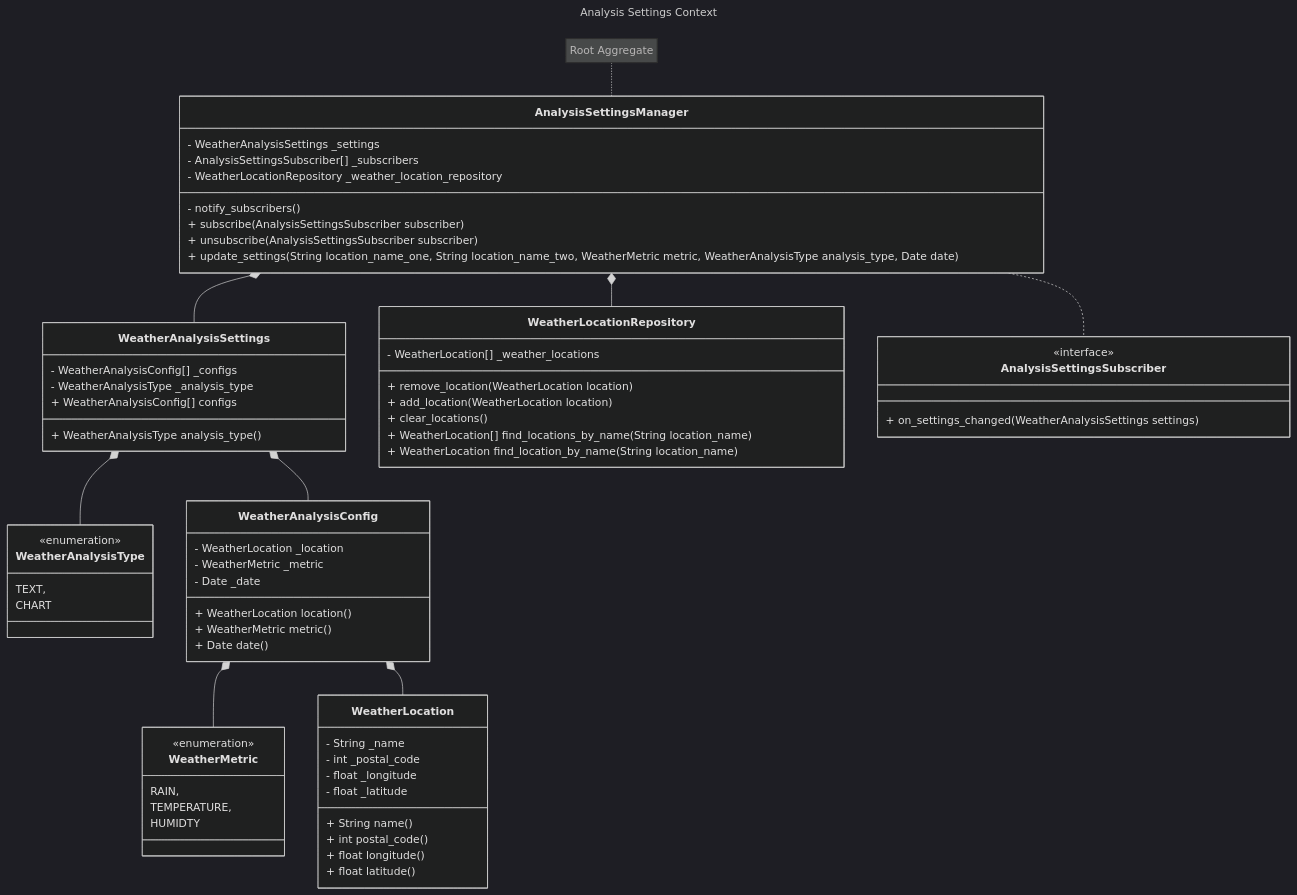
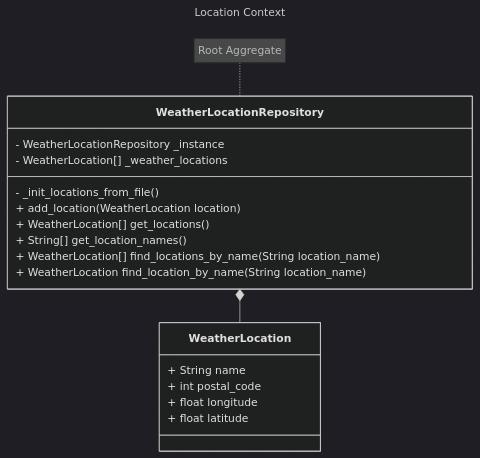
One commit to yhutter-dv/fhgr-tweather changed the second of 5 diagrams in doc/architecture.md. Above: the diagram before and after it, drawn with Mermaid (dark theme). The commit also changed other lines of this file, not shown here.

Commit message:
Update Architecture.

````diff
--- a/doc/architecture.md
+++ b/doc/architecture.md
@@ -14,79 +35,28 @@
 ```mermaid
 ---
-title: Analysis Settings Context
+title: Location Context
 ---
 classDiagram
 
-    AnalysisSettingsManager *-- WeatherAnalysisSettings
-    AnalysisSettingsManager *-- WeatherLocationRepository
-    AnalysisSettingsManager .. AnalysisSettingsSubscriber
-    WeatherAnalysisSettings *-- WeatherAnalysisType
-    WeatherAnalysisSettings *-- WeatherAnalysisConfig
-    WeatherAnalysisConfig *-- WeatherMetric
-    WeatherAnalysisConfig *-- WeatherLocation
+    WeatherLocationRepository *-- WeatherLocation
 
-    class AnalysisSettingsSubscriber {
-        <<interface>>
-        + on_settings_changed(WeatherAnalysisSettings settings)
-    }
-
-    class WeatherMetric {
-        <<enumeration>>
-        RAIN,
-        TEMPERATURE,
-        HUMIDTY
-    }
-
-    class WeatherAnalysisType {
-        <<enumeration>>
-        TEXT,
-        CHART
-    }
-
+    note for WeatherLocationRepository "Root Aggregate"
     class WeatherLocationRepository {
+        - WeatherLocationRepository _instance
         - WeatherLocation[] _weather_locations
-        + remove_location(WeatherLocation location)
+        - _init_locations_from_file()
         + add_location(WeatherLocation location)
-        + clear_locations()
+        + WeatherLocation[] get_locations()
+        + String[] get_location_names()
         + WeatherLocation[] find_locations_by_name(String location_name)
         + WeatherLocation find_location_by_name(String location_name)
     }
 
-    note for AnalysisSettingsManager "Root Aggregate"
-    class AnalysisSettingsManager {
-        - WeatherAnalysisSettings _settings
-        - AnalysisSettingsSubscriber[] _subscribers
-        - WeatherLocationRepository _weather_location_repository
-        - notify_subscribers()
-        + subscribe(AnalysisSettingsSubscriber subscriber)
-        + unsubscribe(AnalysisSettingsSubscriber subscriber)
-        + update_settings(String location_name_one, String location_name_two, WeatherMetric metric, WeatherAnalysisType analysis_type, Date date)
+    class WeatherLocation {
+        + String name
+        + int postal_code
+        + float longitude
+        + float latitude
     }
 
-    class WeatherAnalysisSettings {
-        - WeatherAnalysisConfig[] _configs
-        - WeatherAnalysisType _analysis_type
-        + WeatherAnalysisConfig[] configs
-        + WeatherAnalysisType analysis_type()
-    }
-
-    class WeatherAnalysisConfig {
-        - WeatherLocation _location
-        - WeatherMetric _metric
-        - Date _date
-        + WeatherLocation location()
-        + WeatherMetric metric()
-        + Date date()
-    }
-
-    class WeatherLocation {
-        - String _name
-        - int _postal_code
-        - float _longitude
-        - float _latitude
-        + String name()
-        + int postal_code()
-        + float longitude()
-        + float latitude()
-    }
 ```
````
